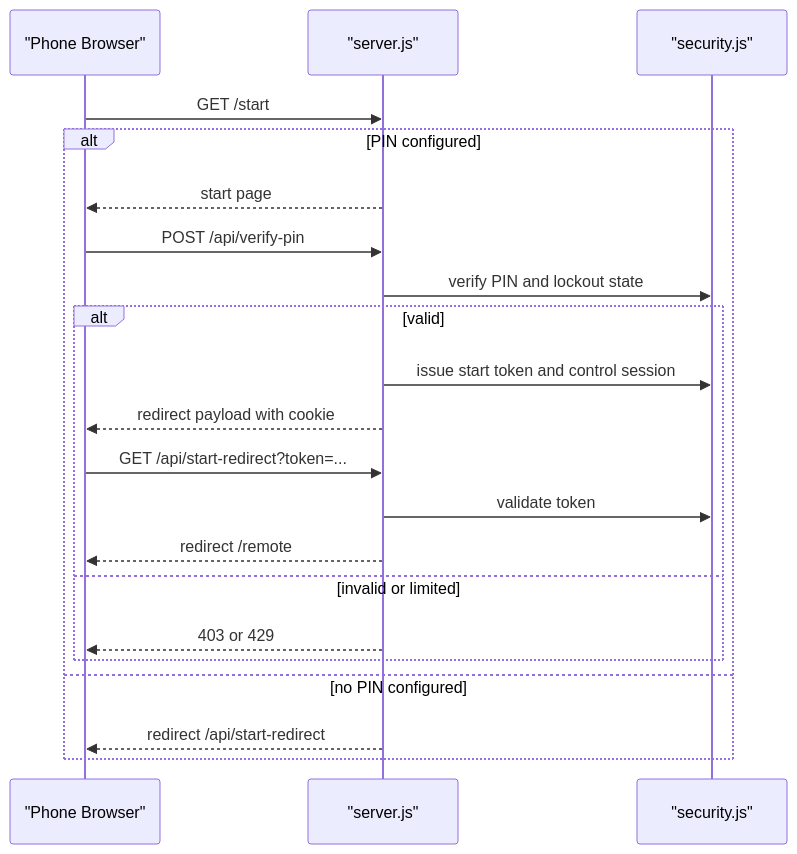
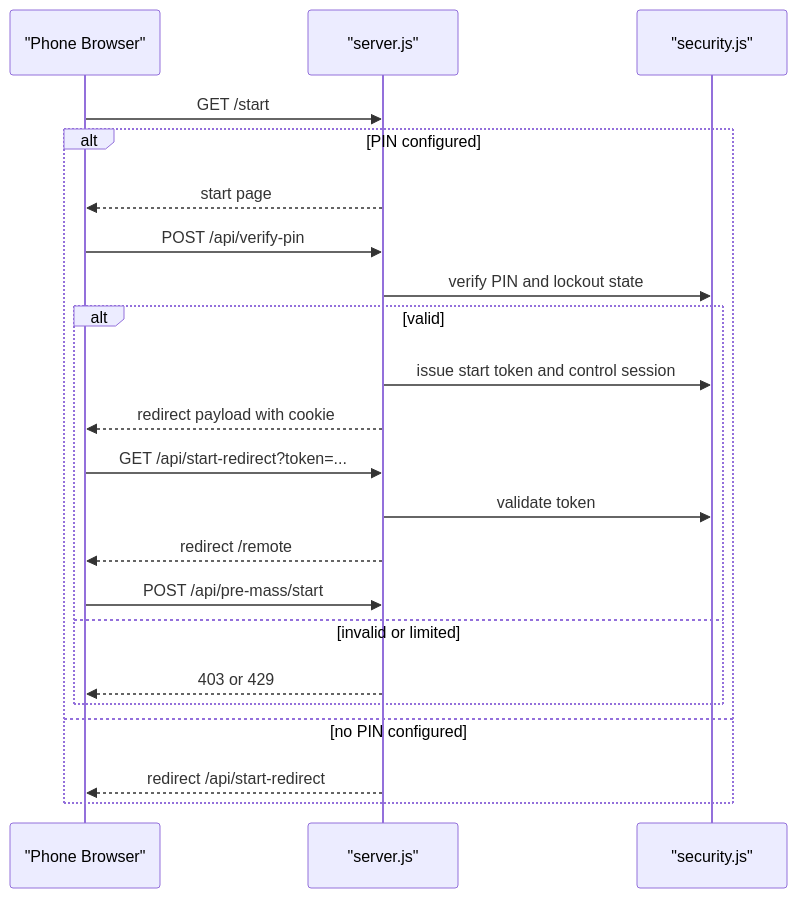
Before and after one commit to Saint-Therese-Of-Lisieux-Parish/sacra_lux: the fifth of 15 diagrams in docs/workflows.md, drawn with Mermaid. The commit also changed 1 other file, not shown here.

Commit message:
docs(workflows): state that GET does not start pre-Mass
Why: GET /api/start-redirect only redirects. After a valid token the target is /remote#start-pre-mass. remote.html then sends POST /api/pre-mass/start. The workflow diagram and the interfaces line said the redirect was /remote and stopped there.

What: Both pages show the hash redirect and the POST that starts pre-Mass.

Files:
- modified: docs/interfaces.md
- modified: docs/workflows.md

Verified against: sacra-lux/src/server.js:2894-2897 (start-redirect) and sacra-lux/public/remote.html (hash #start-pre-mass)

Refs #483

````diff
--- a/docs/workflows.md
+++ b/docs/workflows.md
@@ -82,24 +82,25 @@
 ```mermaid
 sequenceDiagram
     participant Phone as "Phone Browser"
     participant Server as "server.js"
     participant Security as "security.js"
 
     Phone->>Server: GET /start
     alt PIN configured
         Server-->>Phone: start page
         Phone->>Server: POST /api/verify-pin
         Server->>Security: verify PIN and lockout state
         alt valid
             Server->>Security: issue start token and control session
             Server-->>Phone: redirect payload with cookie
             Phone->>Server: GET /api/start-redirect?token=...
             Server->>Security: validate token
-            Server-->>Phone: redirect /remote
+            Server-->>Phone: redirect /remote#start-pre-mass
+            Phone->>Server: POST /api/pre-mass/start
         else invalid or limited
             Server-->>Phone: 403 or 429
         end
     else no PIN configured
         Server-->>Phone: redirect /api/start-redirect
     end
 ```
````
